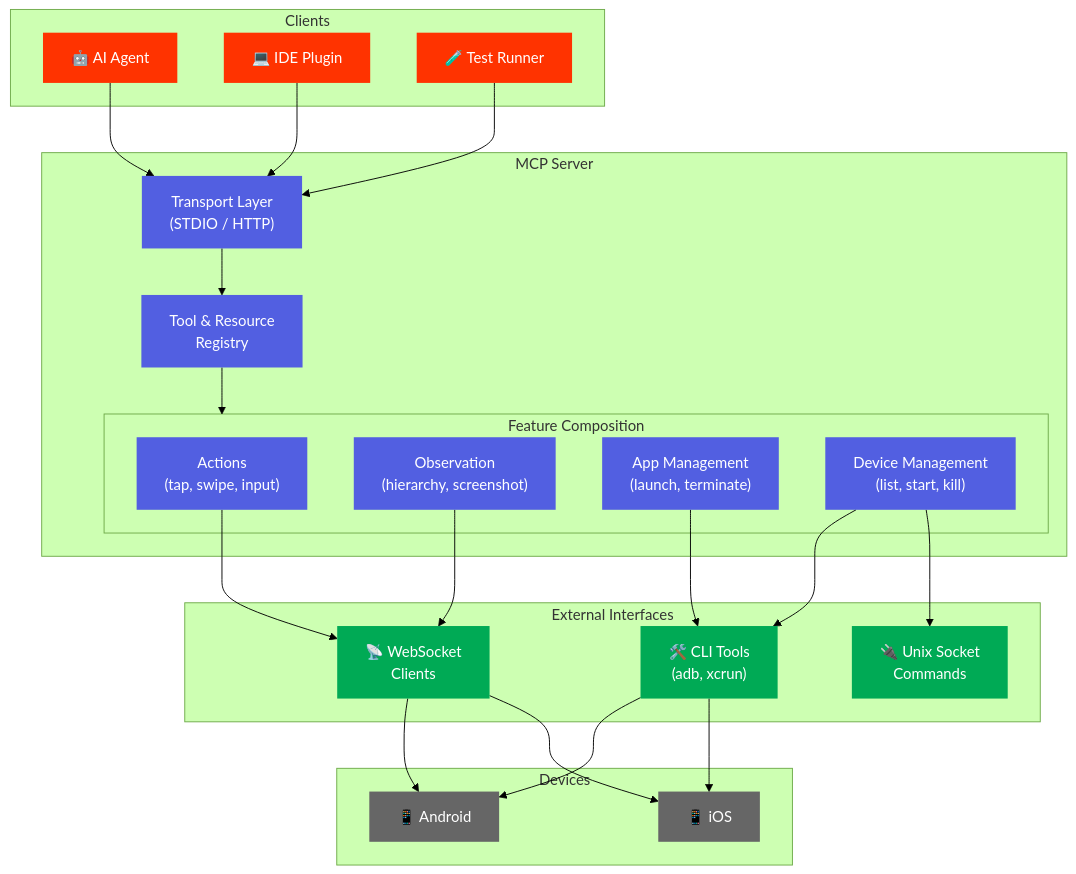
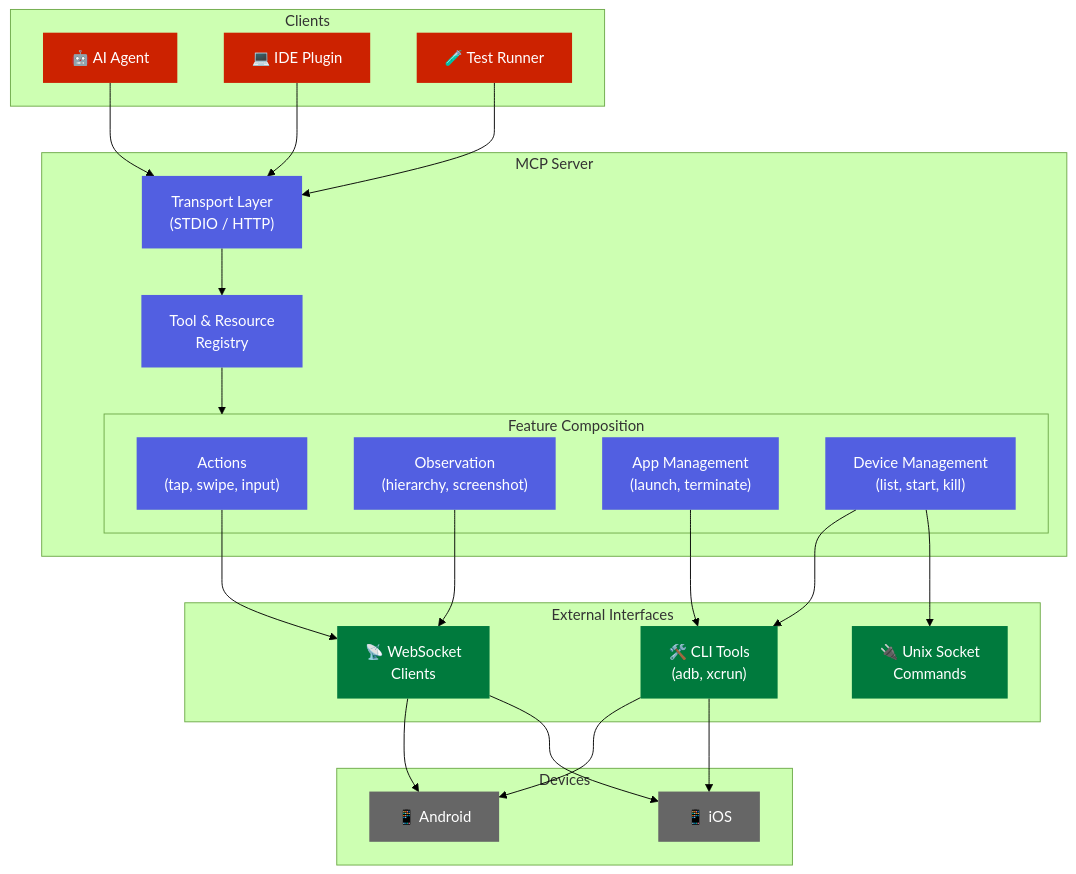
The diagram in docs/design-docs/index.md (zillow/auto-mobile), drawn with Mermaid (forest theme) before and after one commit. The commit also changed 9 other files, not shown here.

First line of the commit message:
fix(docs): improve mermaid chart contrast for day theme WCAG AA compliance (#1325)

````diff
--- a/docs/design-docs/index.md
+++ b/docs/design-docs/index.md
@@ -9,58 +9,58 @@
 ```mermaid
 flowchart TB
     subgraph Clients
         Agent["🤖 AI Agent"]
         IDE["💻 IDE Plugin"]
         CLI["🧪 Test Runner"]
     end
 
     subgraph MCP["MCP Server"]
         Transport["Transport Layer<br/>(STDIO / HTTP)"]
         Registry["Tool & Resource<br/>Registry"]
 
         subgraph Features["Feature Composition"]
             Actions["Actions<br/>(tap, swipe, input)"]
             Observe["Observation<br/>(hierarchy, screenshot)"]
             AppMgmt["App Management<br/>(launch, terminate)"]
             DeviceMgmt["Device Management<br/>(list, start, kill)"]
         end
     end
 
     subgraph External["External Interfaces"]
         WS["📡 WebSocket<br/>Clients"]
         Socket["🔌 Unix Socket<br/>Commands"]
         CLITools["🛠️ CLI Tools<br/>(adb, xcrun)"]
     end
 
     subgraph Devices["Devices"]
         Android["📱 Android"]
         iOS["📱 iOS"]
     end
 
     Agent --> Transport
     IDE --> Transport
     CLI --> Transport
     Transport --> Registry
     Registry --> Features
 
     Actions --> WS
     Observe --> WS
     AppMgmt --> CLITools
     DeviceMgmt --> CLITools
     DeviceMgmt --> Socket
 
     WS --> Android
     WS --> iOS
     CLITools --> Android
     CLITools --> iOS
 
-    classDef client fill:#FF3300,stroke-width:0px,color:white;
+    classDef client fill:#CC2200,stroke-width:0px,color:white;
     classDef mcp fill:#525FE1,stroke-width:0px,color:white;
-    classDef external fill:#00AA55,stroke-width:0px,color:white;
+    classDef external fill:#007A3D,stroke-width:0px,color:white;
     classDef device fill:#666666,stroke-width:0px,color:white;
 
     class Agent,IDE,CLI client;
     class Transport,Registry,Actions,Observe,AppMgmt,DeviceMgmt mcp;
     class WS,Socket,CLITools external;
     class Android,iOS device;
 ```
````
